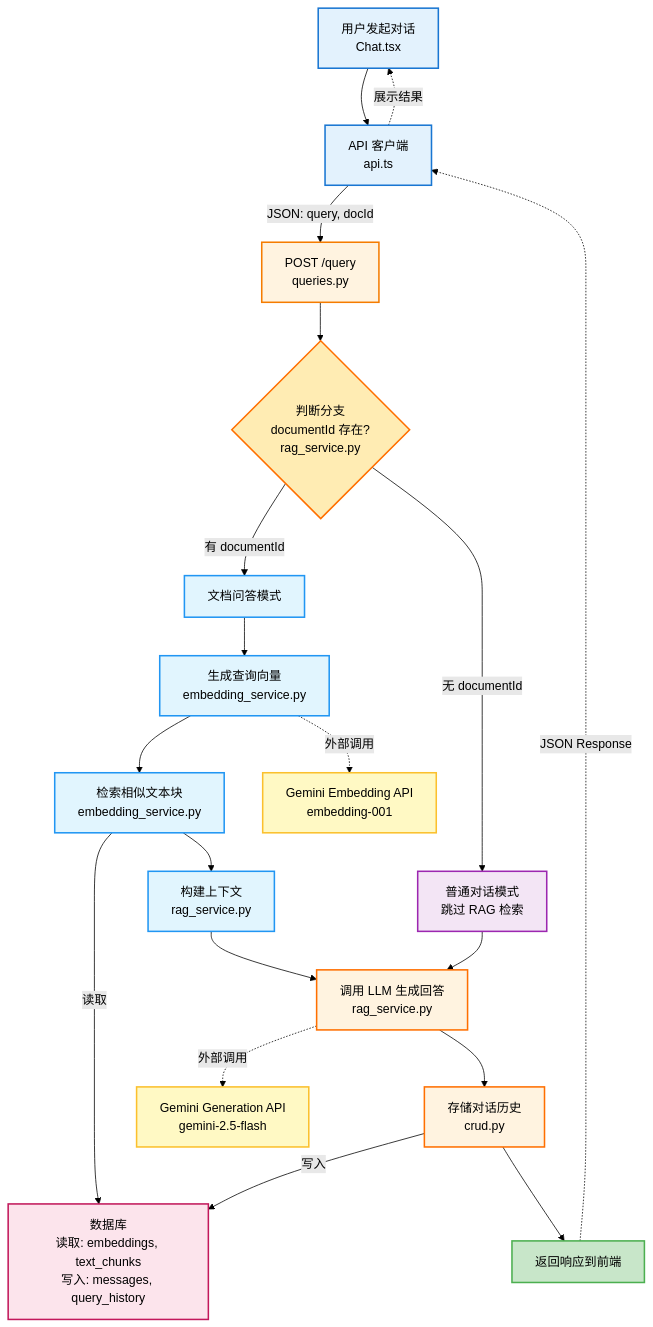
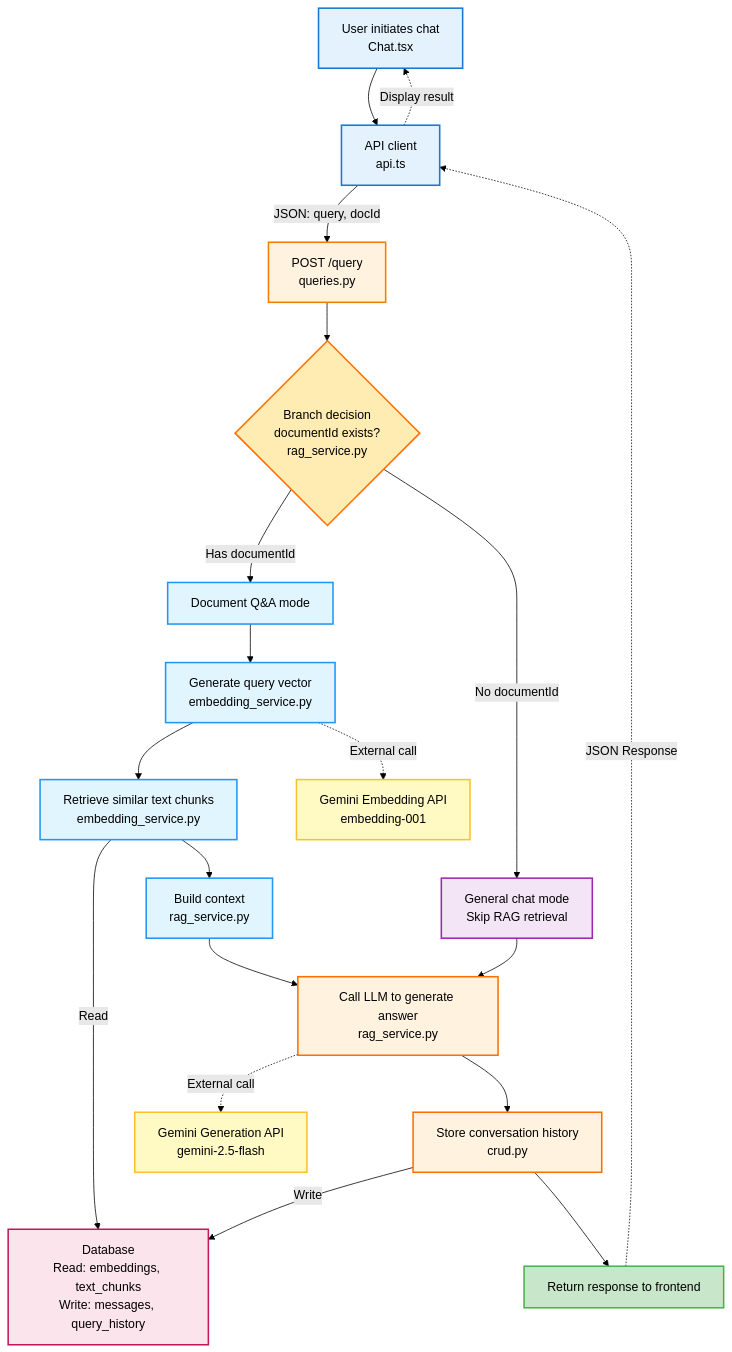
The third of 3 diagrams in README.md (vincentvicente/rag-document-chat), drawn with Mermaid (forest theme) before and after one commit. The commit also changed other lines of this file and 15 other files, not shown here.

````diff
--- a/README.md
+++ b/README.md
@@ -447,63 +447,63 @@
 ```mermaid
 graph TB
-    Start2["用户发起对话<br/>Chat.tsx"]
-    API2["API 客户端<br/>api.ts"]
+    Start2["User initiates chat<br/>Chat.tsx"]
+    API2["API client<br/>api.ts"]
     EP2["POST /query<br/>queries.py"]
     
-    Branch{"判断分支<br/>documentId 存在?<br/>rag_service.py"}
+    Branch{"Branch decision<br/>documentId exists?<br/>rag_service.py"}
     
-    Q1["文档问答模式"]
-    Q2["生成查询向量<br/>embedding_service.py"]
-    Q3["检索相似文本块<br/>embedding_service.py"]
-    Q4["构建上下文<br/>rag_service.py"]
+    Q1["Document Q&A mode"]
+    Q2["Generate query vector<br/>embedding_service.py"]
+    Q3["Retrieve similar text chunks<br/>embedding_service.py"]
+    Q4["Build context<br/>rag_service.py"]
     
-    Q_Chat["普通对话模式<br/>跳过 RAG 检索"]
+    Q_Chat["General chat mode<br/>Skip RAG retrieval"]
     
-    Q5["调用 LLM 生成回答<br/>rag_service.py"]
-    Q6["存储对话历史<br/>crud.py"]
+    Q5["Call LLM to generate answer<br/>rag_service.py"]
+    Q6["Store conversation history<br/>crud.py"]
     
-    Response["返回响应到前端"]
+    Response["Return response to frontend"]
     
     Gemini2["Gemini Embedding API<br/>embedding-001"]
     Gemini3["Gemini Generation API<br/>gemini-2.5-flash"]
     
-    DB2["数据库<br/>读取: embeddings, text_chunks<br/>写入: messages, query_history"]
+    DB2["Database<br/>Read: embeddings, text_chunks<br/>Write: messages, query_history"]
     
     Start2 --> API2
     API2 -->|JSON: query, docId| EP2
     EP2 --> Branch
     
-    Branch -->|有 documentId| Q1
+    Branch -->|Has documentId| Q1
     Q1 --> Q2
-    Q2 -.->|外部调用| Gemini2
+    Q2 -.->|External call| Gemini2
     Q2 --> Q3
-    Q3 -->|读取| DB2
+    Q3 -->|Read| DB2
     Q3 --> Q4
     Q4 --> Q5
     
-    Branch -->|无 documentId| Q_Chat
+    Branch -->|No documentId| Q_Chat
     Q_Chat --> Q5
     
-    Q5 -.->|外部调用| Gemini3
+    Q5 -.->|External call| Gemini3
     Q5 --> Q6
-    Q6 -->|写入| DB2
+    Q6 -->|Write| DB2
     Q6 --> Response
     Response -.->|JSON Response| API2
-    API2 -.->|展示结果| Start2
+    API2 -.->|Display result| Start2
     
     style Start2 fill:#e3f2fd,stroke:#1976d2,stroke-width:2px
     style API2 fill:#e3f2fd,stroke:#1976d2,stroke-width:2px
     style EP2 fill:#fff3e0,stroke:#f57c00,stroke-width:2px
     style Branch fill:#ffecb3,stroke:#ff6f00,stroke-width:2px
     style Q1 fill:#e1f5fe,stroke:#2196f3,stroke-width:2px
     style Q2 fill:#e1f5fe,stroke:#2196f3,stroke-width:2px
     style Q3 fill:#e1f5fe,stroke:#2196f3,stroke-width:2px
     style Q4 fill:#e1f5fe,stroke:#2196f3,stroke-width:2px
     style Q_Chat fill:#f3e5f5,stroke:#9c27b0,stroke-width:2px
     style Q5 fill:#fff3e0,stroke:#ff6f00,stroke-width:2px
     style Q6 fill:#fff3e0,stroke:#ff6f00,stroke-width:2px
     style Response fill:#c8e6c9,stroke:#4caf50,stroke-width:2px
     style Gemini2 fill:#fff9c4,stroke:#fbc02d,stroke-width:2px
     style Gemini3 fill:#fff9c4,stroke:#fbc02d,stroke-width:2px
     style DB2 fill:#fce4ec,stroke:#c2185b,stroke-width:2px
 ```
````
